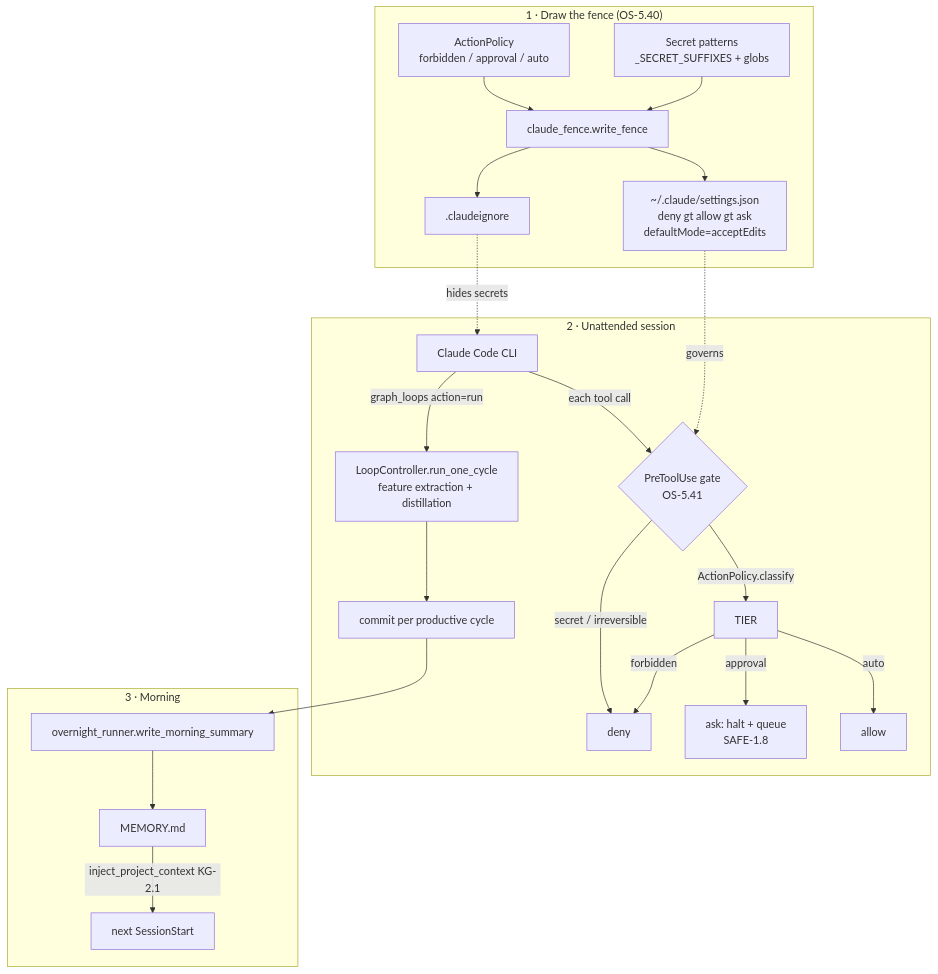
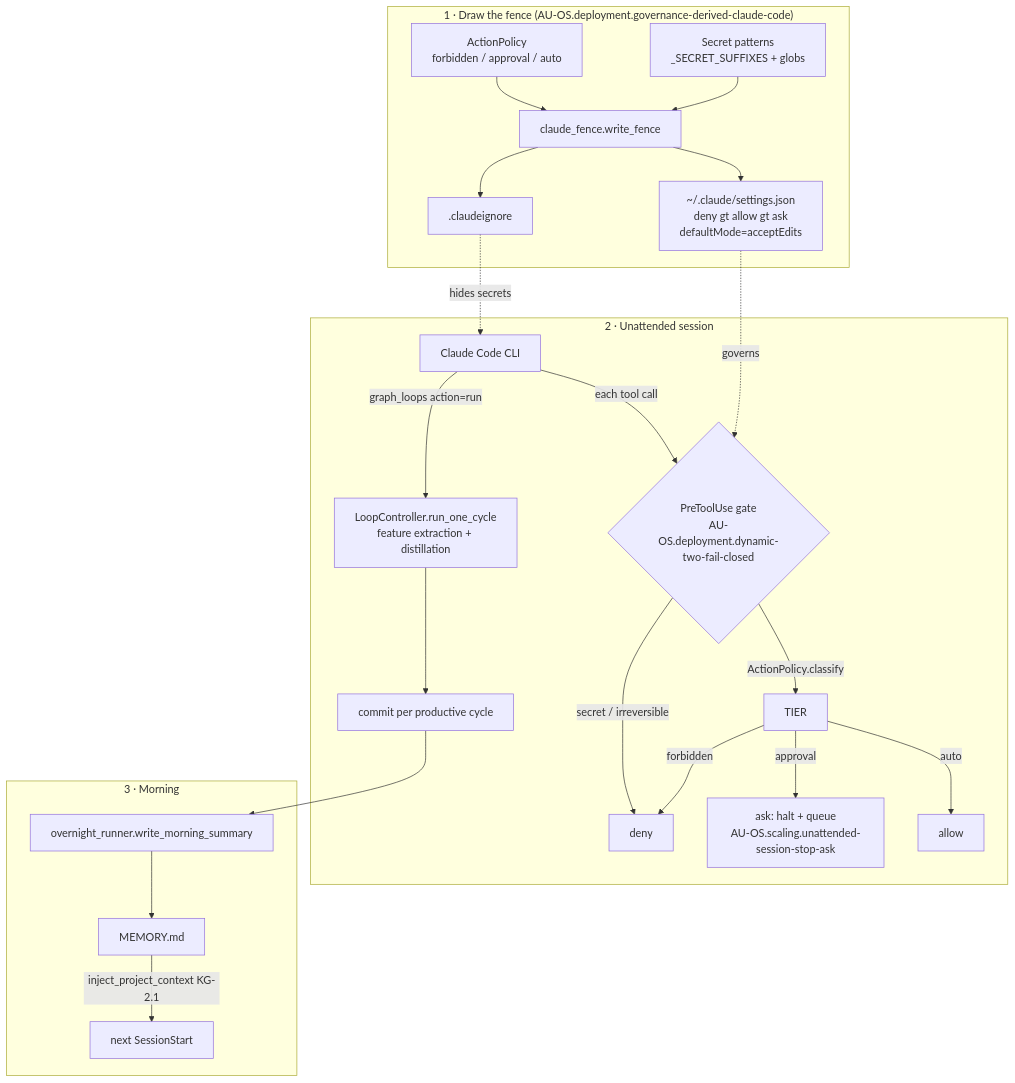
The diagram in docs/architecture/unattended_claude_harness.md (Knuckles-Team/agent-utilities), drawn with Mermaid before and after one commit. The commit also changed other lines of this file and 2324 other files, not shown here.

````diff
--- a/docs/architecture/unattended_claude_harness.md
+++ b/docs/architecture/unattended_claude_harness.md
@@ -38,32 +38,32 @@
 ```mermaid
 flowchart TD
-    subgraph Setup["1 · Draw the fence (OS-5.40)"]
+    subgraph Setup["1 · Draw the fence (AU-OS.deployment.governance-derived-claude-code)"]
         AP["ActionPolicy<br/>forbidden / approval / auto"]
         SEC["Secret patterns<br/>_SECRET_SUFFIXES + globs"]
         AP --> FENCE["claude_fence.write_fence"]
         SEC --> FENCE
         FENCE --> SETTINGS["~/.claude/settings.json<br/>deny gt allow gt ask<br/>defaultMode=acceptEdits"]
         FENCE --> IGNORE[".claudeignore"]
     end
 
     subgraph Run["2 · Unattended session"]
         CC["Claude Code CLI"] -->|each tool call| GATE
-        GATE{"PreToolUse gate<br/>OS-5.41"}
+        GATE{"PreToolUse gate<br/>AU-OS.deployment.dynamic-two-fail-closed"}
         GATE -->|secret / irreversible| DENY["deny"]
         GATE -->|ActionPolicy.classify| TIER
         TIER -->|forbidden| DENY
-        TIER -->|approval| ASK["ask: halt + queue<br/>SAFE-1.8"]
+        TIER -->|approval| ASK["ask: halt + queue<br/>AU-OS.scaling.unattended-session-stop-ask"]
         TIER -->|auto| ALLOW["allow"]
         CC -->|graph_loops action=run| LOOP["LoopController.run_one_cycle<br/>feature extraction + distillation"]
         LOOP --> COMMIT["commit per productive cycle"]
     end
 
     subgraph Review["3 · Morning"]
         COMMIT --> SUMMARY["overnight_runner.write_morning_summary"]
         SUMMARY --> MEM["MEMORY.md"]
         MEM -->|inject_project_context KG-2.1| NEXT["next SessionStart"]
     end
 
     SETTINGS -.governs.-> GATE
     IGNORE -.hides secrets.-> CC
 ```
````
